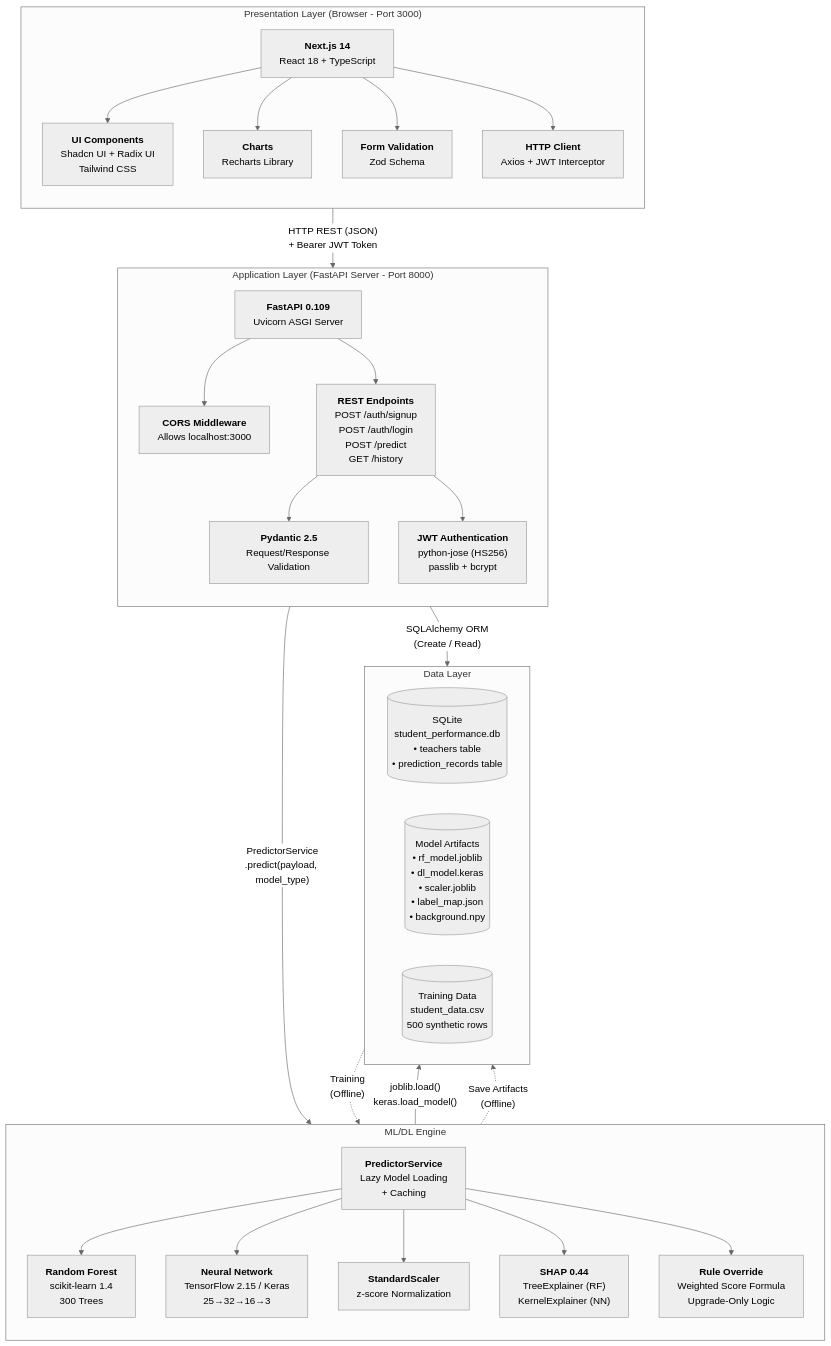
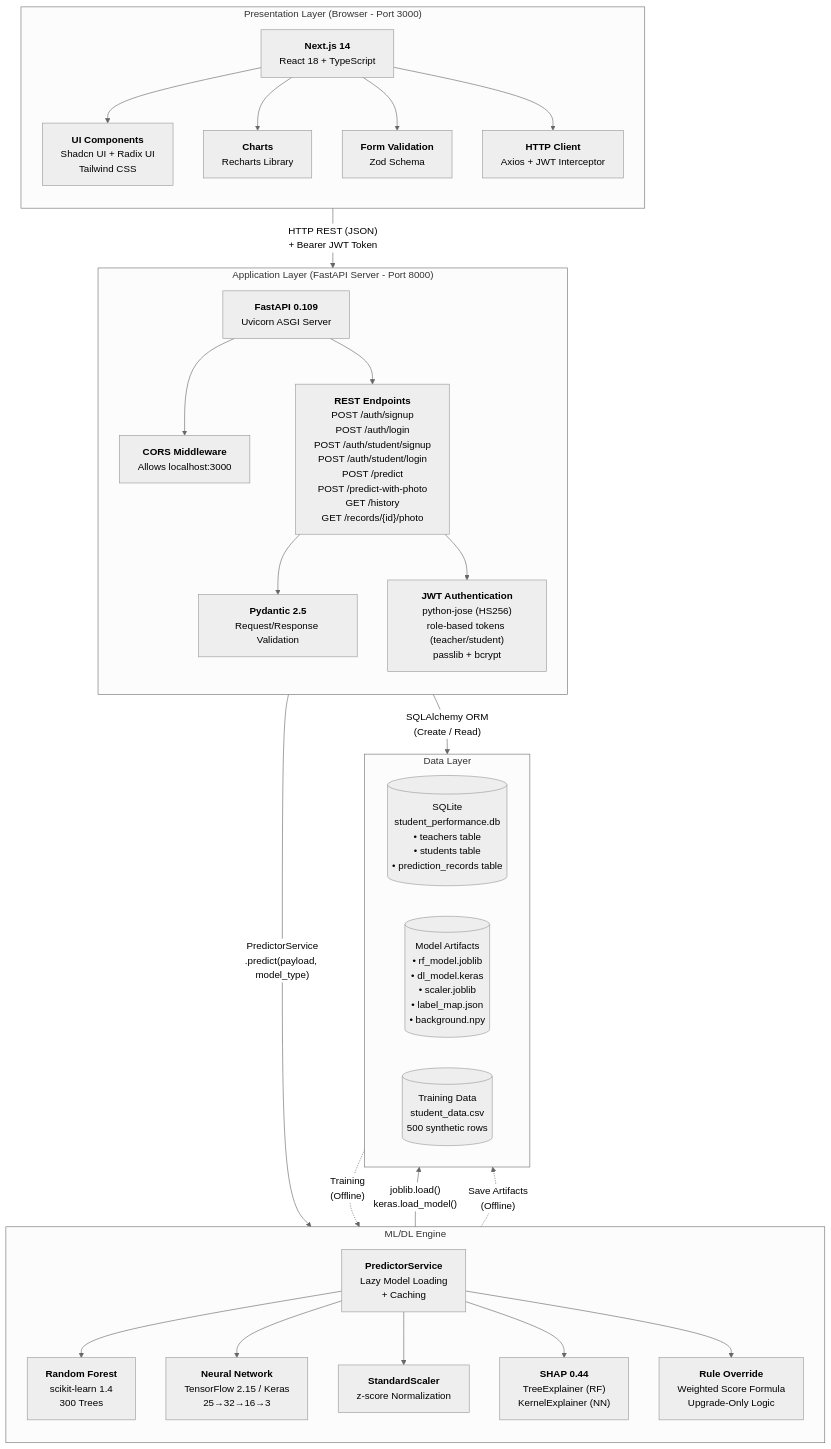
The diagram in diagram/07_system_architecture.md (vrroshni/student-analyser), drawn with Mermaid (neutral theme) before and after one commit. The commit also changed 26 other files, not shown here.

````diff
--- a/diagram/07_system_architecture.md
+++ b/diagram/07_system_architecture.md
@@ -9,63 +9,63 @@
 ```mermaid
 flowchart TB
     subgraph Presentation["Presentation Layer (Browser - Port 3000)"]
         direction TB
         NextJS["<b>Next.js 14</b>\nReact 18 + TypeScript"]
         UI["<b>UI Components</b>\nShadcn UI + Radix UI\nTailwind CSS"]
         Charts["<b>Charts</b>\nRecharts Library"]
         FormVal["<b>Form Validation</b>\nZod Schema"]
         HTTP["<b>HTTP Client</b>\nAxios + JWT Interceptor"]
 
         NextJS --> UI
         NextJS --> Charts
         NextJS --> FormVal
         NextJS --> HTTP
     end
 
     subgraph Application["Application Layer (FastAPI Server - Port 8000)"]
         direction TB
         FastAPI["<b>FastAPI 0.109</b>\nUvicorn ASGI Server"]
         CORS["<b>CORS Middleware</b>\nAllows localhost:3000"]
-        Routes["<b>REST Endpoints</b>\nPOST /auth/signup\nPOST /auth/login\nPOST /predict\nGET /history"]
+        Routes["<b>REST Endpoints</b>\nPOST /auth/signup\nPOST /auth/login\nPOST /auth/student/signup\nPOST /auth/student/login\nPOST /predict\nPOST /predict-with-photo\nGET /history\nGET /records/{id}/photo"]
         Pydantic["<b>Pydantic 2.5</b>\nRequest/Response Validation"]
-        JWTAuth["<b>JWT Authentication</b>\npython-jose (HS256)\npasslib + bcrypt"]
+        JWTAuth["<b>JWT Authentication</b>\npython-jose (HS256)\nrole-based tokens (teacher/student)\npasslib + bcrypt"]
 
         FastAPI --> CORS
         FastAPI --> Routes
         Routes --> Pydantic
         Routes --> JWTAuth
     end
 
     subgraph MLEngine["ML/DL Engine"]
         direction TB
         Predictor["<b>PredictorService</b>\nLazy Model Loading\n+ Caching"]
         RF["<b>Random Forest</b>\nscikit-learn 1.4\n300 Trees"]
         NN["<b>Neural Network</b>\nTensorFlow 2.15 / Keras\n25→32→16→3"]
         Scaler["<b>StandardScaler</b>\nz-score Normalization"]
         SHAP["<b>SHAP 0.44</b>\nTreeExplainer (RF)\nKernelExplainer (NN)"]
         Rules["<b>Rule Override</b>\nWeighted Score Formula\nUpgrade-Only Logic"]
 
         Predictor --> RF
         Predictor --> NN
         Predictor --> Scaler
         Predictor --> SHAP
         Predictor --> Rules
     end
 
     subgraph DataLayer["Data Layer"]
         direction LR
-        SQLite[("SQLite\nstudent_performance.db\n• teachers table\n• prediction_records table")]
+        SQLite[("SQLite\nstudent_performance.db\n• teachers table\n• students table\n• prediction_records table")]
         Artifacts[("Model Artifacts\n• rf_model.joblib\n• dl_model.keras\n• scaler.joblib\n• label_map.json\n• background.npy")]
         CSV[("Training Data\nstudent_data.csv\n500 synthetic rows")]
     end
 
     %% Inter-layer connections
     Presentation -->|"HTTP REST (JSON)\n+ Bearer JWT Token"| Application
     Application -->|"PredictorService\n.predict(payload, model_type)"| MLEngine
     Application -->|"SQLAlchemy ORM\n(Create / Read)"| SQLite
     MLEngine -->|"joblib.load()\nkeras.load_model()"| Artifacts
 
     %% Training flow (offline)
     CSV -.->|"Training\n(Offline)"| MLEngine
     MLEngine -.->|"Save Artifacts\n(Offline)"| Artifacts
 ```
````
